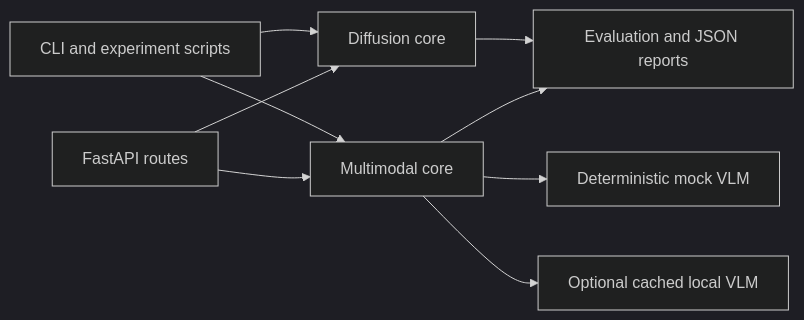
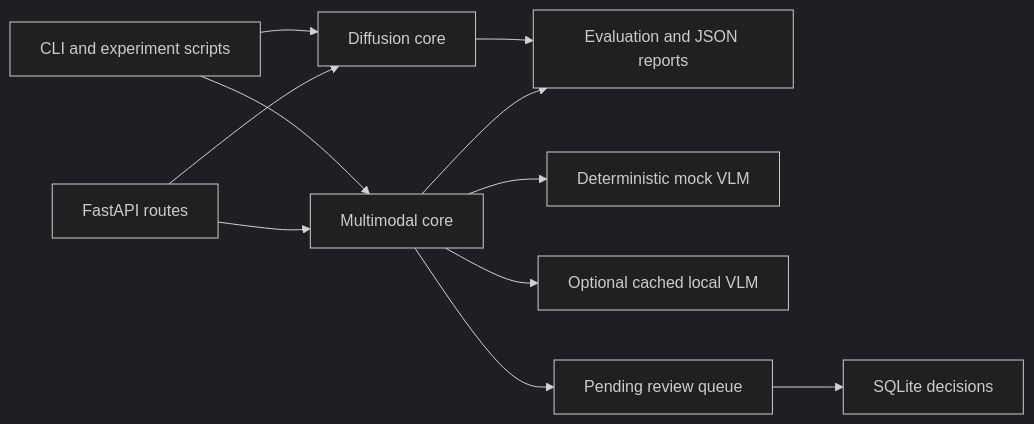
Before and after one commit to karitselmuthu/Enterprise-Diffusion-Multimodal-AI-Engineering: the diagram in docs/architecture.md, drawn with Mermaid (dark theme). The commit also changed other lines of this file and 41 other files, not shown here.

````diff
--- a/docs/architecture.md
+++ b/docs/architecture.md
@@ -3,11 +3,13 @@
 ```mermaid
 flowchart LR
   CLI[CLI and experiment scripts] --> D[Diffusion core]
   CLI --> M[Multimodal core]
   API[FastAPI routes] --> D
   API --> M
   D --> E[Evaluation and JSON reports]
   M --> E
   M --> MOCK[Deterministic mock VLM]
   M --> LOCAL[Optional cached local VLM]
+  M --> REVIEW[Pending review queue]
+  REVIEW --> SQLITE[SQLite decisions]
 ```
````
